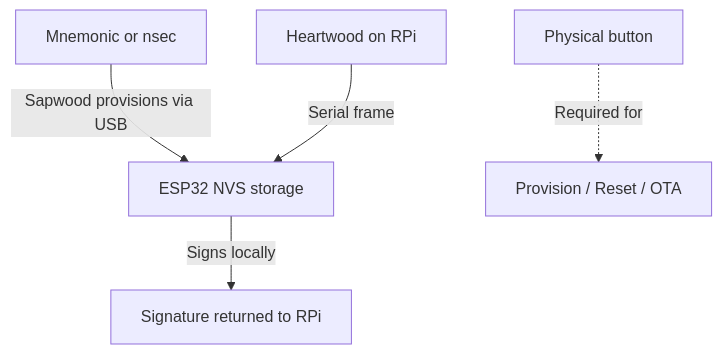
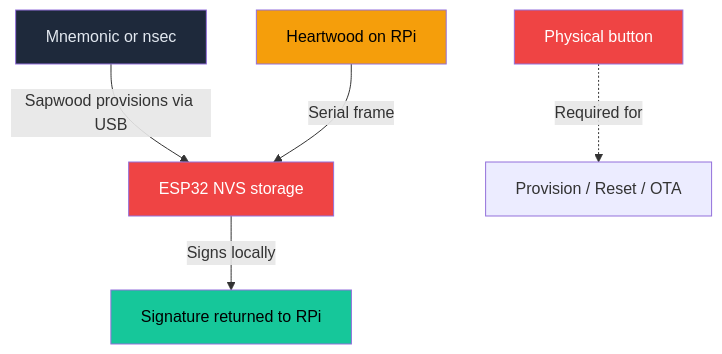
One commit to forgesworn/heartwood changed the fifth of 6 diagrams in docs/ECOSYSTEM.md. Above: the diagram before and after it, drawn with Mermaid. The commit also changed other lines of this file, not shown here.

First line of the commit message:
style: apply ForgeSworn colour palette to ecosystem diagrams

````diff
--- a/docs/ECOSYSTEM.md
+++ b/docs/ECOSYSTEM.md
@@ -152,7 +171,13 @@
 ```mermaid
 graph TB
     M["Mnemonic or nsec"] -->|"Sapwood provisions via USB"| ESP["ESP32 NVS storage"]
     HW["Heartwood on RPi"] -->|"Serial frame"| ESP
     ESP -->|"Signs locally"| SIG["Signature returned to RPi"]
     BTN["Physical button"] -.->|"Required for"| PROV["Provision / Reset / OTA"]
+
+    style M fill:#1e293b,color:#e2e8f0
+    style ESP fill:#ef4444,color:#fff
+    style HW fill:#f59e0b,color:#000
+    style SIG fill:#16c79a,color:#000
+    style BTN fill:#ef4444,color:#fff
 ```
````
